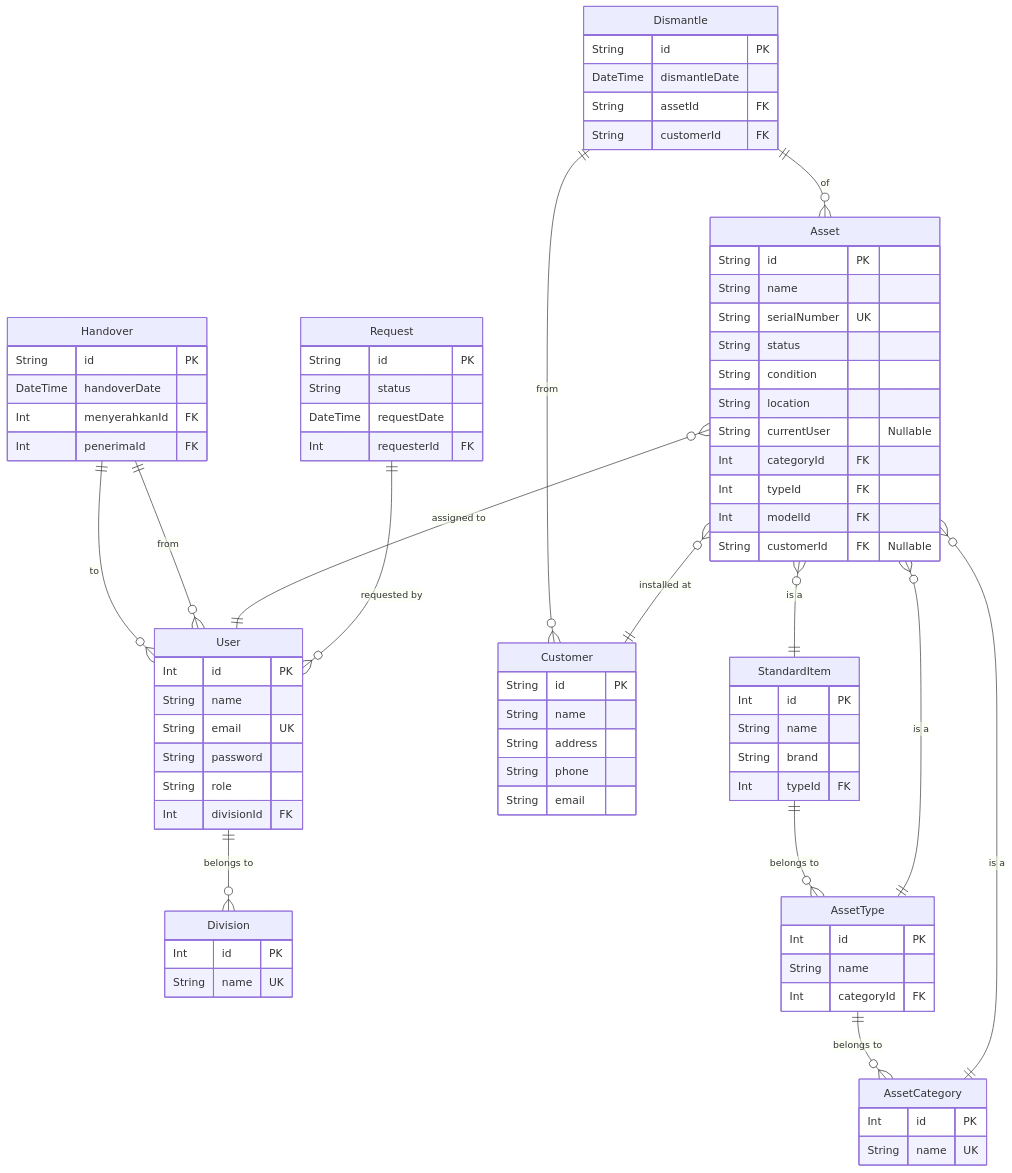
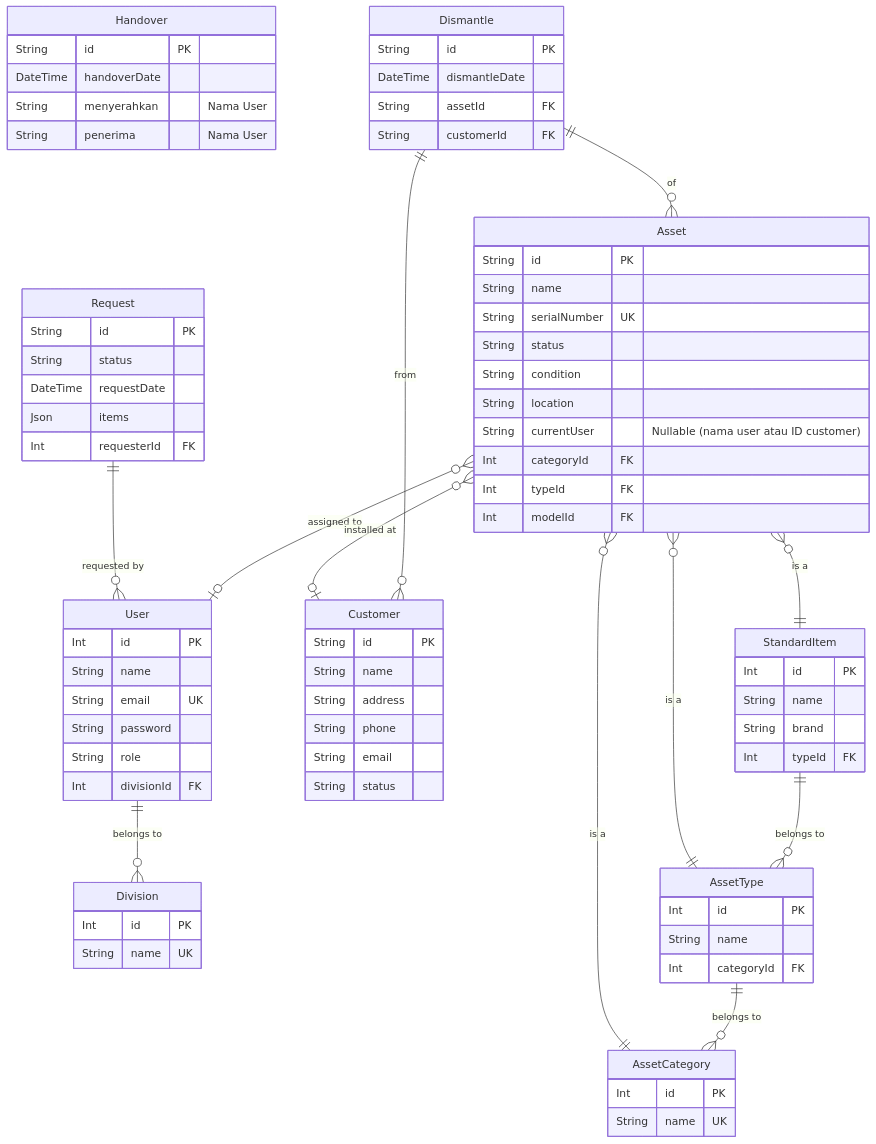
One commit to Asamaludi26/Inventory changed the diagram in Docs/01_CONCEPT_AND_ARCHITECTURE/DATABASE_SCHEMA.md. Above: the diagram before and after it, drawn with Mermaid. The commit also changed other lines of this file and 22 other files, not shown here.

First line of the commit message:
docs: Update architectural diagrams and documentation

```diff
--- a/Docs/01_CONCEPT_AND_ARCHITECTURE/DATABASE_SCHEMA.md
+++ b/Docs/01_CONCEPT_AND_ARCHITECTURE/DATABASE_SCHEMA.md
@@ -29,11 +29,10 @@
         String status
         String condition
         String location
-        String currentUser "Nullable"
+        String currentUser "Nullable (nama user atau ID customer)"
         Int categoryId FK
         Int typeId FK
         Int modelId FK
-        String customerId FK "Nullable"
     }
     
     Customer {
@@ -42,20 +41,22 @@
         String address
         String phone
         String email
+        String status
     }
 
     Request {
         String id PK
         String status
         DateTime requestDate
+        Json items
         Int requesterId FK
     }
     
     Handover {
         String id PK
         DateTime handoverDate
-        Int menyerahkanId FK
-        Int penerimaId FK
+        String menyerahkan "Nama User"
+        String penerima "Nama User"
     }
     
     Dismantle {
@@ -85,10 +86,8 @@
     
     User ||--o{ Division : "belongs to"
     Request ||--o{ User : "requested by"
-    Asset }o--|| User : "assigned to"
-    Asset }o--|| Customer : "installed at"
-    Handover ||--o{ User : "from"
-    Handover ||--o{ User : "to"
+    Asset }o--o| User : "assigned to"
+    Asset }o--o| Customer : "installed at"
     Dismantle ||--o{ Asset : "of"
     Dismantle ||--o{ Customer : "from"
     
```
